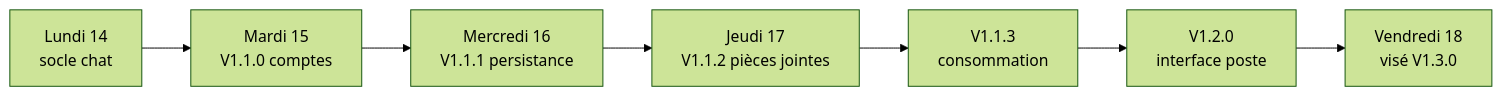
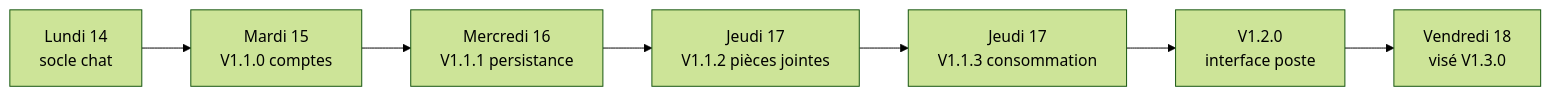
One commit to UlyssouLV/BBASS-Agents-IA changed the first of 2 diagrams in README.md. Above: the diagram before and after it, drawn with Mermaid (forest theme). The commit also changed other lines of this file and 52 other files, not shown here.

First line of the commit message:
V1.2.0 — Mise à jour de l'interface (poste) (#68)

````diff
--- a/README.md
+++ b/README.md
@@ -26,9 +26,9 @@
 ```mermaid
 flowchart LR
   L14["Lundi 14<br/>socle chat"] --> M15["Mardi 15<br/>V1.1.0 comptes"]
   M15 --> Me16["Mercredi 16<br/>V1.1.1 persistance"]
   Me16 --> J17["Jeudi 17<br/>V1.1.2 pièces jointes"]
-  J17 --> V113["V1.1.3<br/>consommation"]
-  V113 --> V120["V1.2.0<br/>interface poste"]
+  J17 --> J17b["Jeudi 17<br/>V1.1.3 consommation"]
+  J17b --> V120["V1.2.0<br/>interface poste"]
   V120 --> V18["Vendredi 18<br/>visé V1.3.0"]
 ```
````
